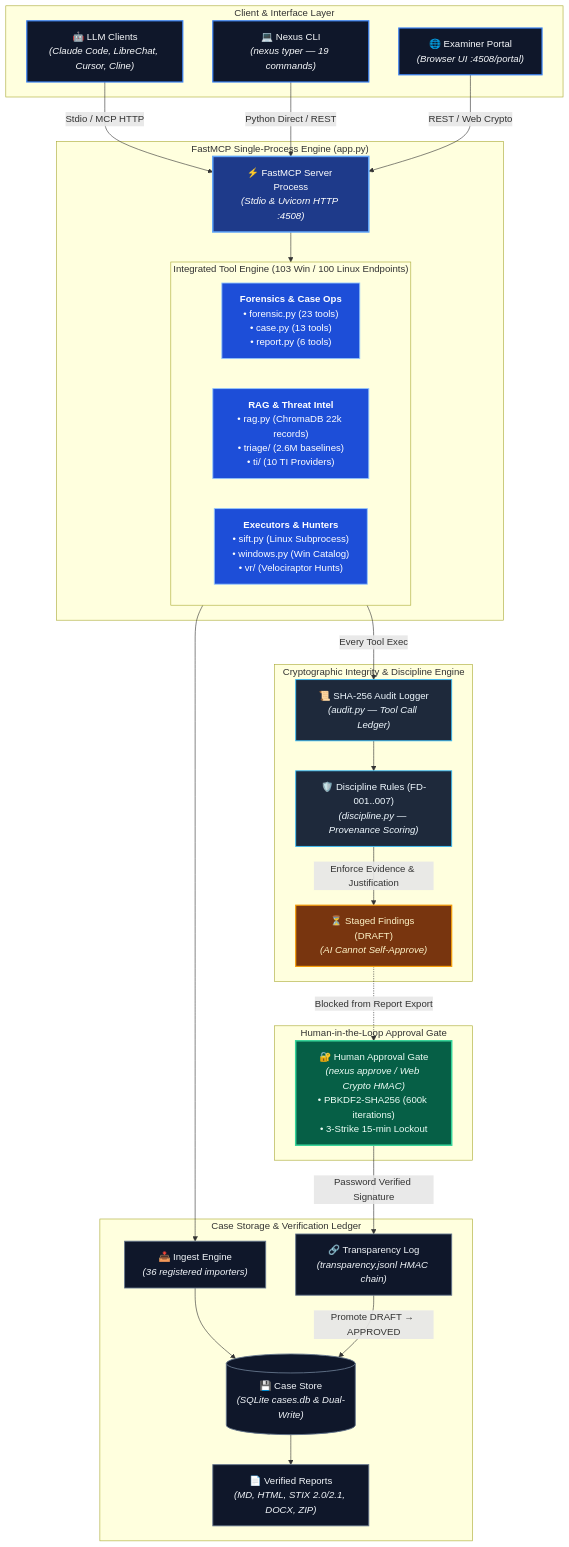
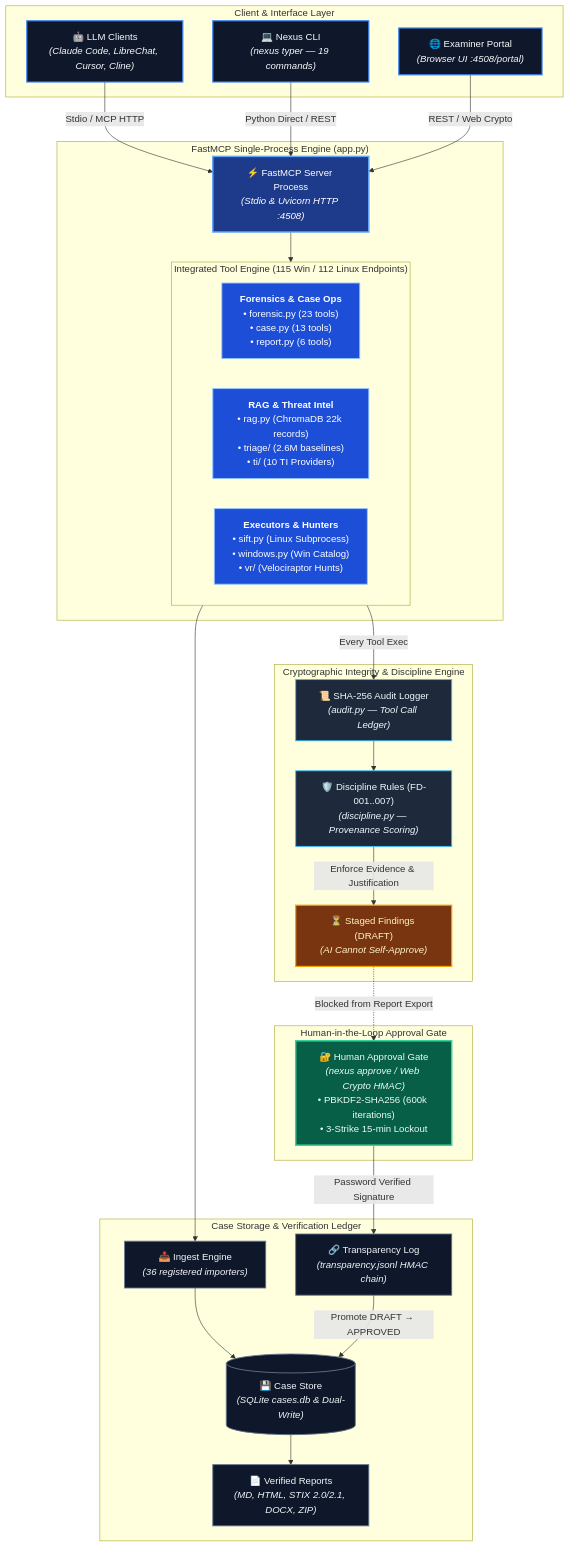
One commit to Ganron007/DFIR-Nexus changed the second of 2 diagrams in Docs/ARCHITECTURE.md. Above: the diagram before and after it, drawn with Mermaid. The commit also changed other lines of this file and 16 other files, not shown here.

````diff
--- a/Docs/ARCHITECTURE.md
+++ b/Docs/ARCHITECTURE.md
@@ -90,72 +90,72 @@
 ```mermaid
 flowchart TD
     %% DFIR-Nexus Architecture Diagram - Logo Matched (#1e3a8a, #2563eb, #60a5fa, #0f172a)
     classDef clientStyle fill:#0f172a,stroke:#3b82f6,stroke-width:2px,color:#f8fafc;
     classDef serverStyle fill:#1e3a8a,stroke:#60a5fa,stroke-width:2.5px,color:#ffffff;
     classDef toolStyle fill:#1d4ed8,stroke:#93c5fd,stroke-width:1.5px,color:#ffffff;
     classDef disciplineStyle fill:#1e293b,stroke:#38bdf8,stroke-width:1.5px,color:#f0f9ff;
     classDef draftStyle fill:#78350f,stroke:#f59e0b,stroke-width:2px,color:#fef3c7;
     classDef gateStyle fill:#065f46,stroke:#34d399,stroke-width:2.5px,color:#ecfdf5;
     classDef storageStyle fill:#0f172a,stroke:#64748b,stroke-width:1.5px,color:#f1f5f9;
 
     subgraph CLIENTS [" Client & Interface Layer "]
         LLM["🤖 LLM Clients<br/><i>(Claude Code, LibreChat, Cursor, Cline)</i>"]:::clientStyle
         CLI["💻 Nexus CLI<br/><i>(nexus typer — 19 commands)</i>"]:::clientStyle
         WEB["🌐 Examiner Portal<br/><i>(Browser UI :4508/portal)</i>"]:::clientStyle
     end
 
     subgraph CORE [" FastMCP Single-Process Engine (app.py) "]
         MCP["⚡ FastMCP Server Process<br/><i>(Stdio & Uvicorn HTTP :4508)</i>"]:::serverStyle
         
-        subgraph MODULES [" Integrated Tool Engine (103 Win / 100 Linux Endpoints) "]
+        subgraph MODULES [" Integrated Tool Engine (115 Win / 112 Linux Endpoints) "]
             direction LR
             CORE_TOOLS["<b>Forensics & Case Ops</b><br/>• forensic.py (23 tools)<br/>• case.py (13 tools)<br/>• report.py (6 tools)"]:::toolStyle
             INTEL_TOOLS["<b>RAG & Threat Intel</b><br/>• rag.py (ChromaDB 22k records)<br/>• triage/ (2.6M baselines)<br/>• ti/ (10 TI Providers)"]:::toolStyle
             EXEC_TOOLS["<b>Executors & Hunters</b><br/>• sift.py (Linux Subprocess)<br/>• windows.py (Win Catalog)<br/>• vr/ (Velociraptor Hunts)"]:::toolStyle
         end
     end
 
     subgraph DISCIPLINE [" Cryptographic Integrity & Discipline Engine "]
         AUDIT["📜 SHA-256 Audit Logger<br/><i>(audit.py — Tool Call Ledger)</i>"]:::disciplineStyle
         RULES["🛡️ Discipline Rules (FD-001..007)<br/><i>(discipline.py — Provenance Scoring)</i>"]:::disciplineStyle
         DRAFT["⏳ Staged Findings (DRAFT)<br/><i>(AI Cannot Self-Approve)</i>"]:::draftStyle
     end
 
     subgraph HITL [" Human-in-the-Loop Approval Gate "]
         GATE["🔐 Human Approval Gate<br/><i>(nexus approve / Web Crypto HMAC)</i><br/>• PBKDF2-SHA256 (600k iterations)<br/>• 3-Strike 15-min Lockout"]:::gateStyle
     end
 
     subgraph LEDGER [" Case Storage & Verification Ledger "]
         INGEST["📥 Ingest Engine<br/><i>(36 registered importers)</i>"]:::storageStyle
         DB[("💾 Case Store<br/><i>(SQLite cases.db & Dual-Write)</i>")]:::storageStyle
         TRANSPARENCY["🔗 Transparency Log<br/><i>(transparency.jsonl HMAC chain)</i>"]:::storageStyle
         REPORTS["📄 Verified Reports<br/><i>(MD, HTML, STIX 2.0/2.1, DOCX, ZIP)</i>"]:::storageStyle
     end
 
     %% Flow Connections
     LLM -->|Stdio / MCP HTTP| MCP
     CLI -->|Python Direct / REST| MCP
     WEB -->|REST / Web Crypto| MCP
 
     MCP --> MODULES
     MODULES --> INGEST
     INGEST --> DB
 
     MODULES -->|Every Tool Exec| AUDIT
     AUDIT --> RULES
     RULES -->|Enforce Evidence & Justification| DRAFT
 
     DRAFT -.->|Blocked from Report Export| GATE
     GATE -->|Password Verified Signature| TRANSPARENCY
     TRANSPARENCY -->|Promote DRAFT → APPROVED| DB
     DB --> REPORTS
 
     %% Apply Styles
     class LLM,CLI,WEB clientStyle;
     class MCP serverStyle;
     class CORE_TOOLS,INTEL_TOOLS,EXEC_TOOLS toolStyle;
     class AUDIT,RULES disciplineStyle;
     class DRAFT draftStyle;
     class GATE gateStyle;
     class INGEST,DB,TRANSPARENCY,REPORTS storageStyle;
 ```
````
